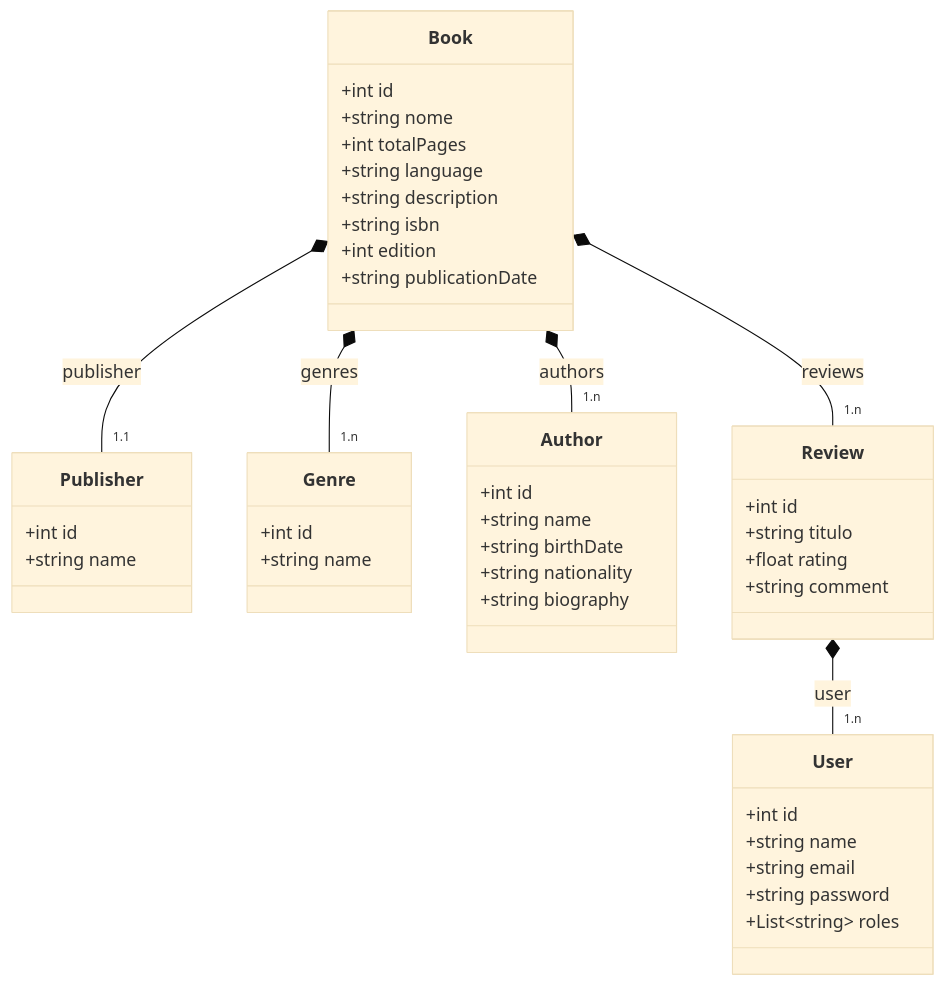
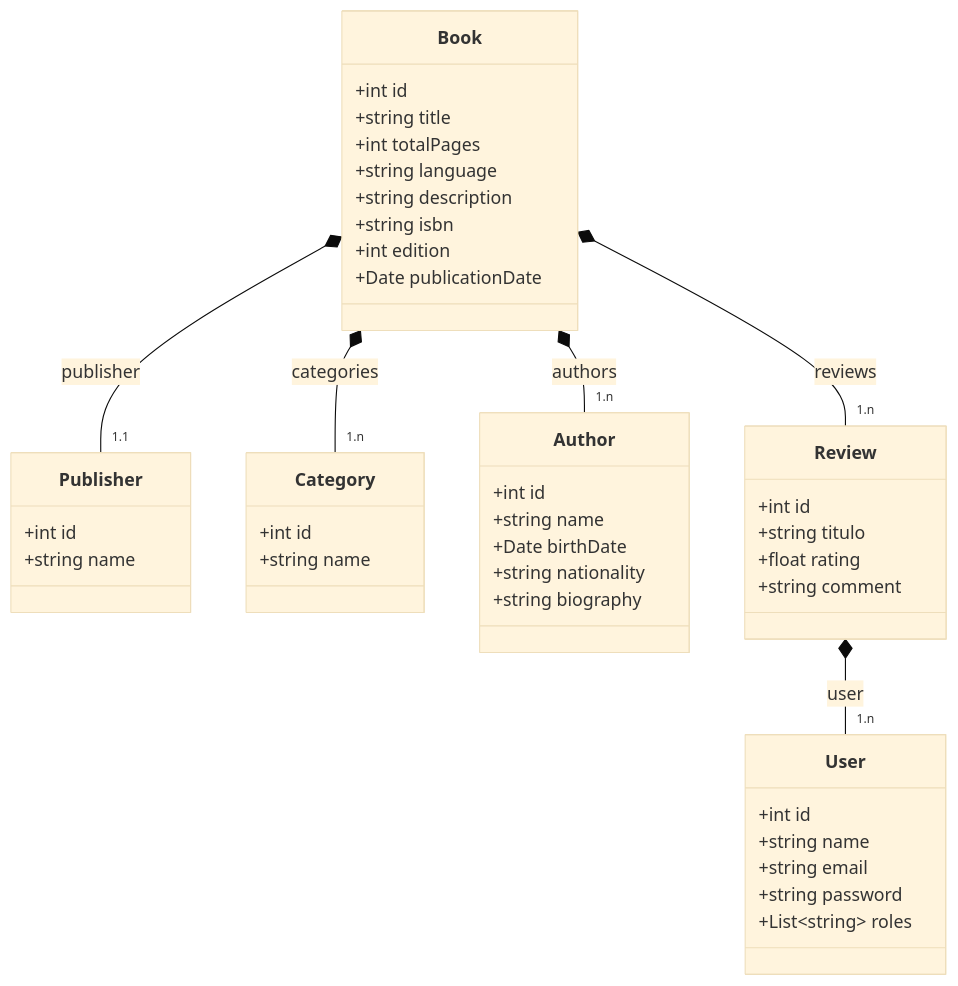
The diagram in README.md (DouglasDans/book-review-api), drawn with Mermaid (base theme) before and after one commit.

````diff
--- a/README.md
+++ b/README.md
@@ -13,52 +13,52 @@
 ```mermaid
 classDiagram
     class Book {
       +int id
-      +string nome
+      +string title
       +int totalPages
       +string language
       +string description
       +string isbn
       +int edition
-      +string publicationDate
+      +Date publicationDate
     }
     
     class Publisher {
       +int id
       +string name
     }
     
-    class Genre {
+    class Category {
       +int id
       +string name
     }
     
     class Author {
       +int id
       +string name
-      +string birthDate
+      +Date birthDate
       +string nationality
       +string biography
     }
     
     class Review {
       +int id
       +string titulo
       +float rating
       +string comment
     }
     
     class User {
       +int id
       +string name
       +string email
       +string password
       +List~string~ roles
     }
     
     Book *-- "1.1" Publisher : publisher
-    Book *-- "1.n" Genre : genres
+    Book *-- "1.n" Category : categories
     Book *-- "1.n" Author : authors
     Book *-- "1.n" Review : reviews
     Review *-- "1.n" User : user
 ```
````
